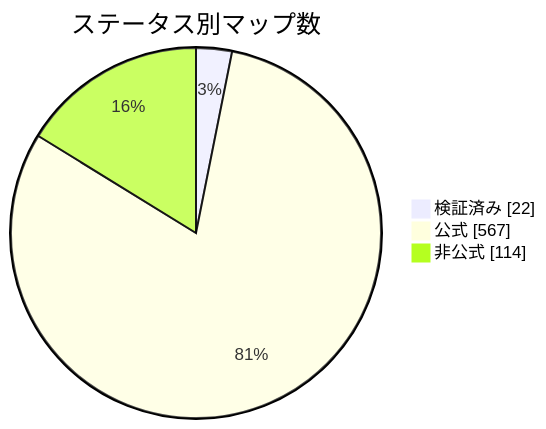
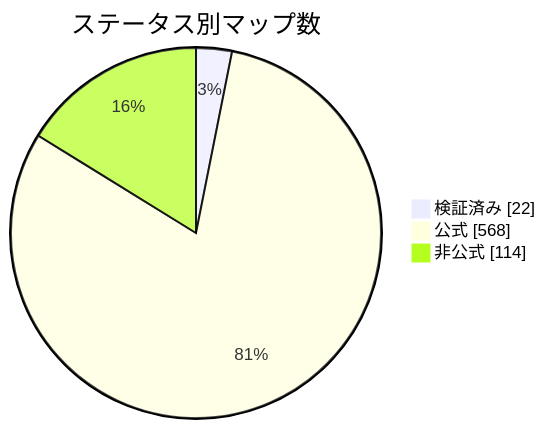
One commit to nobrega8/mbmap-library changed the diagram in docs/readme/README_JP.md. Above: the diagram before and after it, drawn with Mermaid. The commit also changed 6 other files, not shown here.

````diff
--- a/docs/readme/README_JP.md
+++ b/docs/readme/README_JP.md
@@ -54,7 +54,7 @@
 ```mermaid
 pie showData
     title ステータス別マップ数
     "検証済み" : 22
-    "公式" : 567
+    "公式" : 568
     "非公式" : 114
 ```
````
